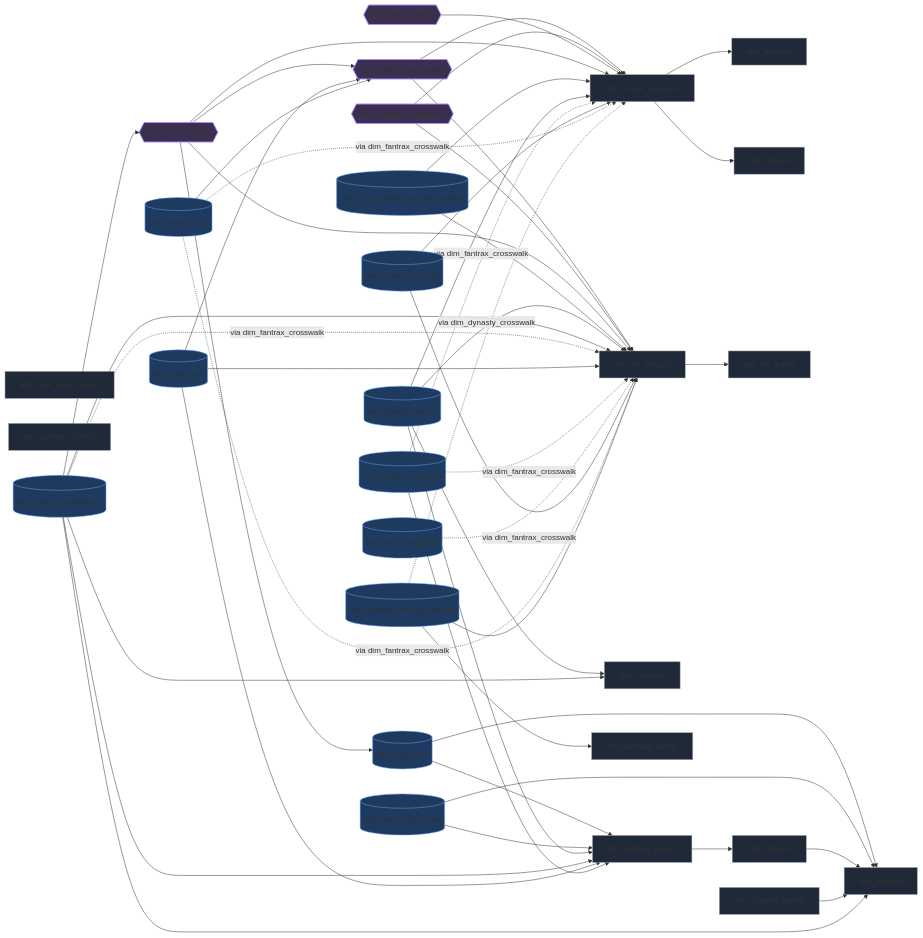
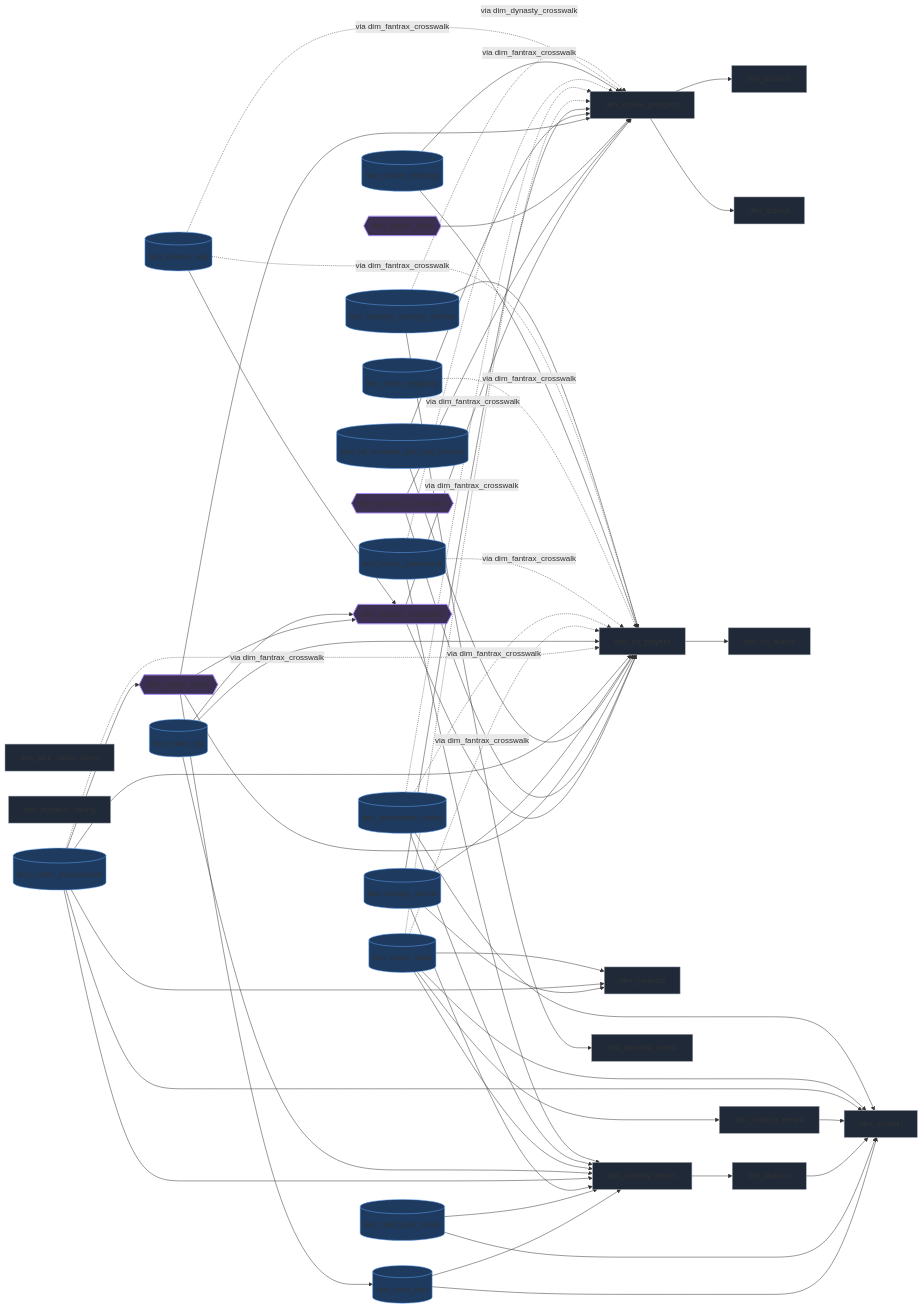
The diagram in docs/DATA_MODEL.md (benjamininja/Python-PowerBI-DynastyFantasyFootball), drawn with Mermaid before and after one commit. The commit also changed 21 other files, not shown here.

First line of the commit message:
feat: #117 Roster State — fact_roster_state from public getTeamRosters + fact_preseason_salary (ADR-0016) (#128)

```diff
--- a/docs/DATA_MODEL.md
+++ b/docs/DATA_MODEL.md
@@ -33,6 +33,8 @@
     fact_fantasy_teams[(fact_fantasy_teams)]
     fact_roster_transactions[(fact_roster_transactions)]
     fact_trade_log[(fact_trade_log)]
+    fact_roster_state[(fact_roster_state)]
+    fact_preseason_salary[(fact_preseason_salary)]
     fact_roster_placement[(fact_roster_placement)]
     fact_minor_eligibility[(fact_minor_eligibility)]
     fact_rookie_rankings[(fact_rookie_rankings)]
@@ -72,6 +74,16 @@
     fact_trade_log --> dim_fantasy_teams
     fact_trade_log --> dim_fantrax_crosswalk
     fact_trade_log --> dim_nfl_players
+    fact_roster_state --> dim_season
+    fact_roster_state --> dim_scoring_period
+    fact_roster_state --> dim_fantasy_teams
+    fact_roster_state --> dim_contract
+    fact_roster_state -.via dim_fantrax_crosswalk.-> dim_nfl_players
+    fact_roster_state -.via dim_fantrax_crosswalk.-> dim_rookie_prospect
+    fact_preseason_salary --> dim_season
+    fact_preseason_salary --> dim_fantasy_teams
+    fact_preseason_salary -.via dim_fantrax_crosswalk.-> dim_nfl_players
+    fact_preseason_salary -.via dim_fantrax_crosswalk.-> dim_rookie_prospect
     fact_roster_placement --> dim_fantasy_teams
     fact_roster_placement -.via dim_fantrax_crosswalk.-> dim_nfl_players
     fact_roster_placement -.via dim_fantrax_crosswalk.-> dim_rookie_prospect
@@ -111,6 +123,8 @@
     class fact_fantasy_teams fact;
     class fact_roster_transactions fact;
     class fact_trade_log fact;
+    class fact_roster_state fact;
+    class fact_preseason_salary fact;
     class fact_roster_placement fact;
     class fact_minor_eligibility fact;
     class fact_rookie_rankings fact;
```
